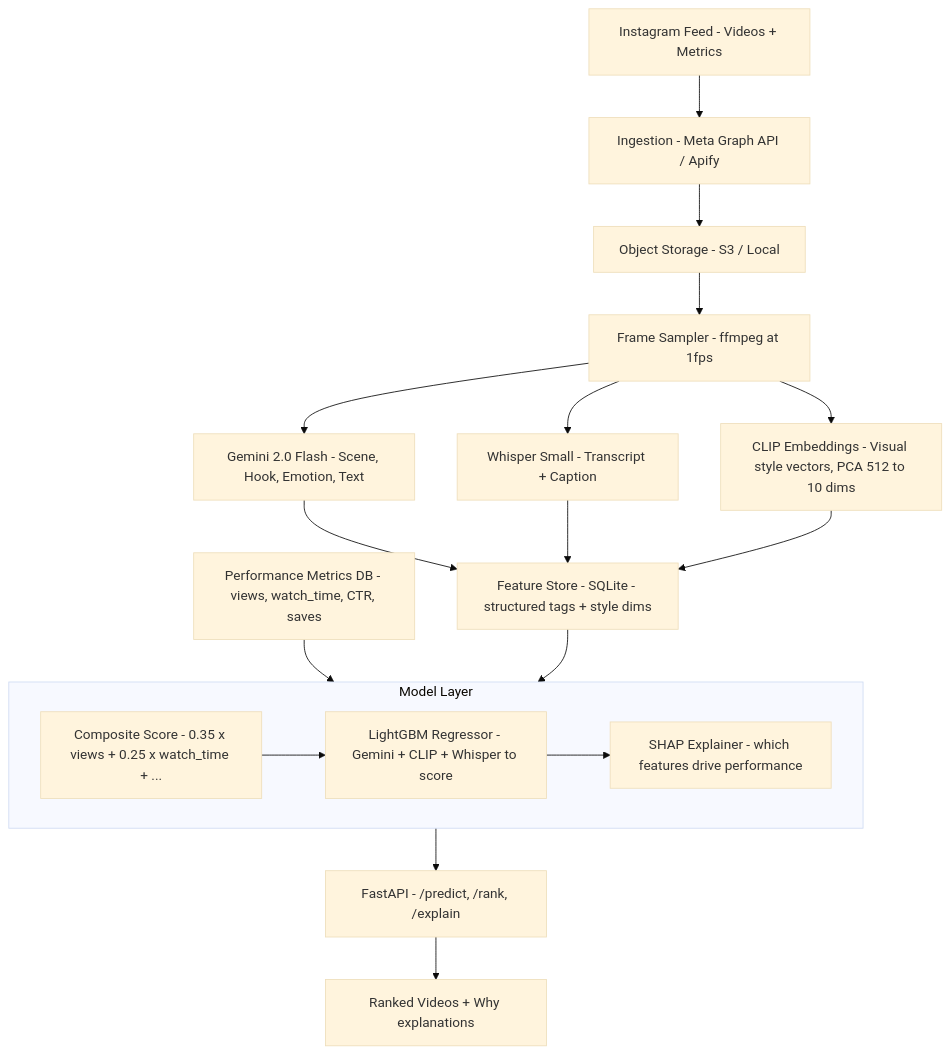
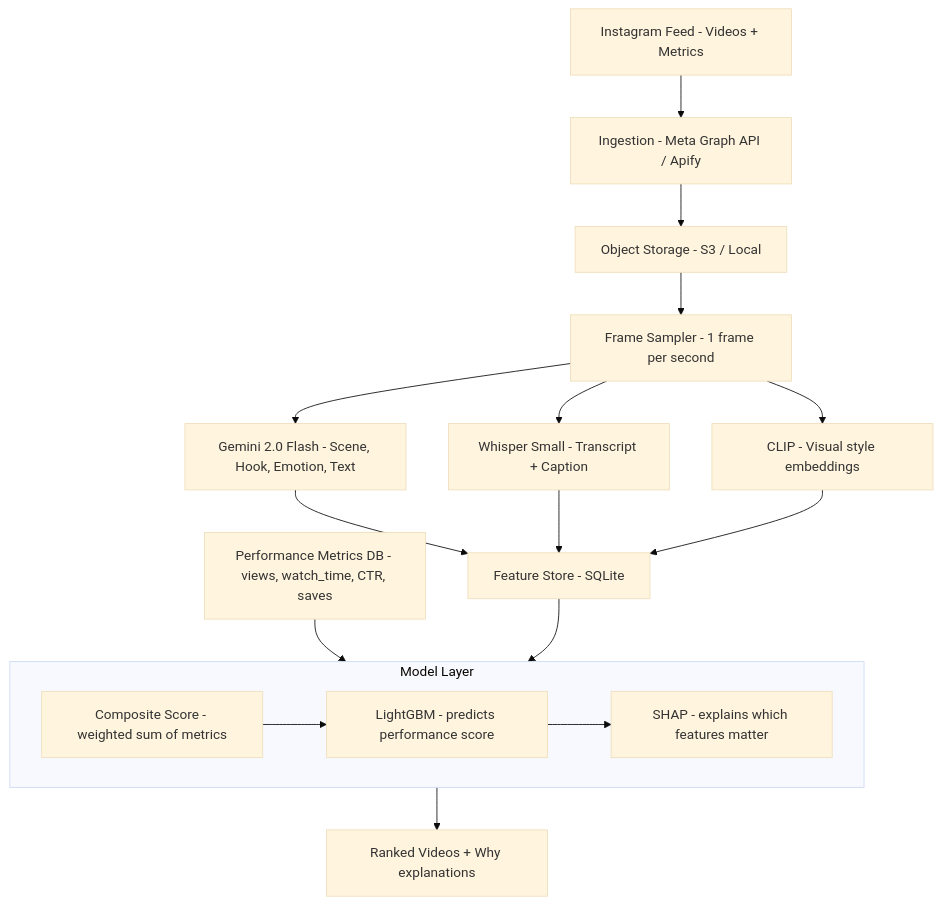
One commit to aravindgopan-dev/Performance-Prediction-System- changed the diagram in readme.md. Above: the diagram before and after it, drawn with Mermaid (base theme). The commit also changed 1 other file, not shown here.

````diff
--- a/readme.md
+++ b/readme.md
@@ -15,25 +15,24 @@
 ```mermaid
 flowchart TD
     A["Instagram Feed - Videos + Metrics"] --> B["Ingestion - Meta Graph API / Apify"]
     B --> C["Object Storage - S3 / Local"]
-    C --> D1["Frame Sampler - ffmpeg at 1fps"]
+    C --> D1["Frame Sampler - 1 frame per second"]
 
     D1 --> D2["Gemini 2.0 Flash - Scene, Hook, Emotion, Text"]
     D1 --> D3["Whisper Small - Transcript + Caption"]
-    D1 --> D4["CLIP Embeddings - Visual style vectors, PCA 512 to 10 dims"]
+    D1 --> D4["CLIP - Visual style embeddings"]
 
-    D2 & D3 & D4 --> E["Feature Store - SQLite - structured tags + style dims"]
+    D2 & D3 & D4 --> E["Feature Store - SQLite"]
 
     F["Performance Metrics DB - views, watch_time, CTR, saves"] --> G
 
     subgraph G["Model Layer"]
-        G1["Composite Score - 0.35 x views + 0.25 x watch_time + ..."]
-        G2["LightGBM Regressor - Gemini + CLIP + Whisper to score"]
-        G3["SHAP Explainer - which features drive performance"]
+        G1["Composite Score - weighted sum of metrics"]
+        G2["LightGBM - predicts performance score"]
+        G3["SHAP - explains which features matter"]
         G1 --> G2 --> G3
     end
 
     E --> G
-    G --> H["FastAPI - /predict, /rank, /explain"]
-    H --> I["Ranked Videos + Why explanations"]
+    G --> I["Ranked Videos + Why explanations"]
 ```
````
